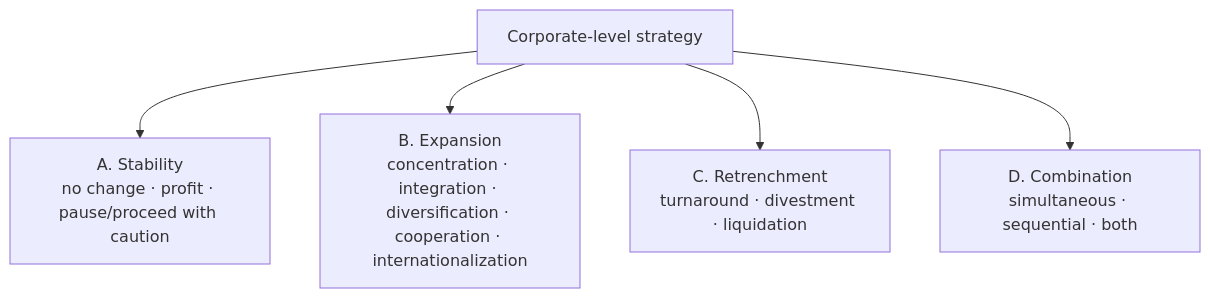
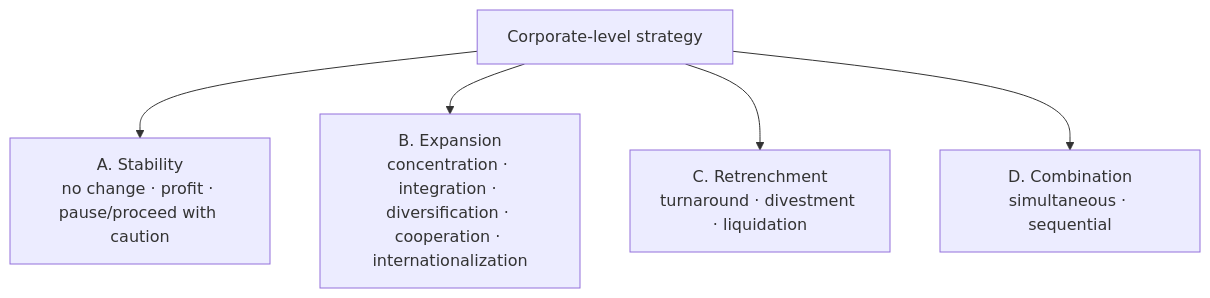
Before and after one commit to MithunDu404/LRNMetarials: the diagram in academics/finance/Module_III_Management_QA.md, drawn with Mermaid. The commit also changed other lines of this file, not shown here.

````diff
--- a/academics/finance/Module_III_Management_QA.md
+++ b/academics/finance/Module_III_Management_QA.md
@@ -444,7 +195,7 @@
 ```mermaid
 flowchart TD
     C["Corporate-level strategy"] --> S["A. Stability<br/>no change · profit · pause/proceed with caution"]
     C --> E["B. Expansion<br/>concentration · integration · diversification · cooperation · internationalization"]
     C --> R["C. Retrenchment<br/>turnaround · divestment · liquidation"]
-    C --> M["D. Combination<br/>simultaneous · sequential · both"]
+    C --> M["D. Combination<br/>simultaneous · sequential"]
 ```
````
